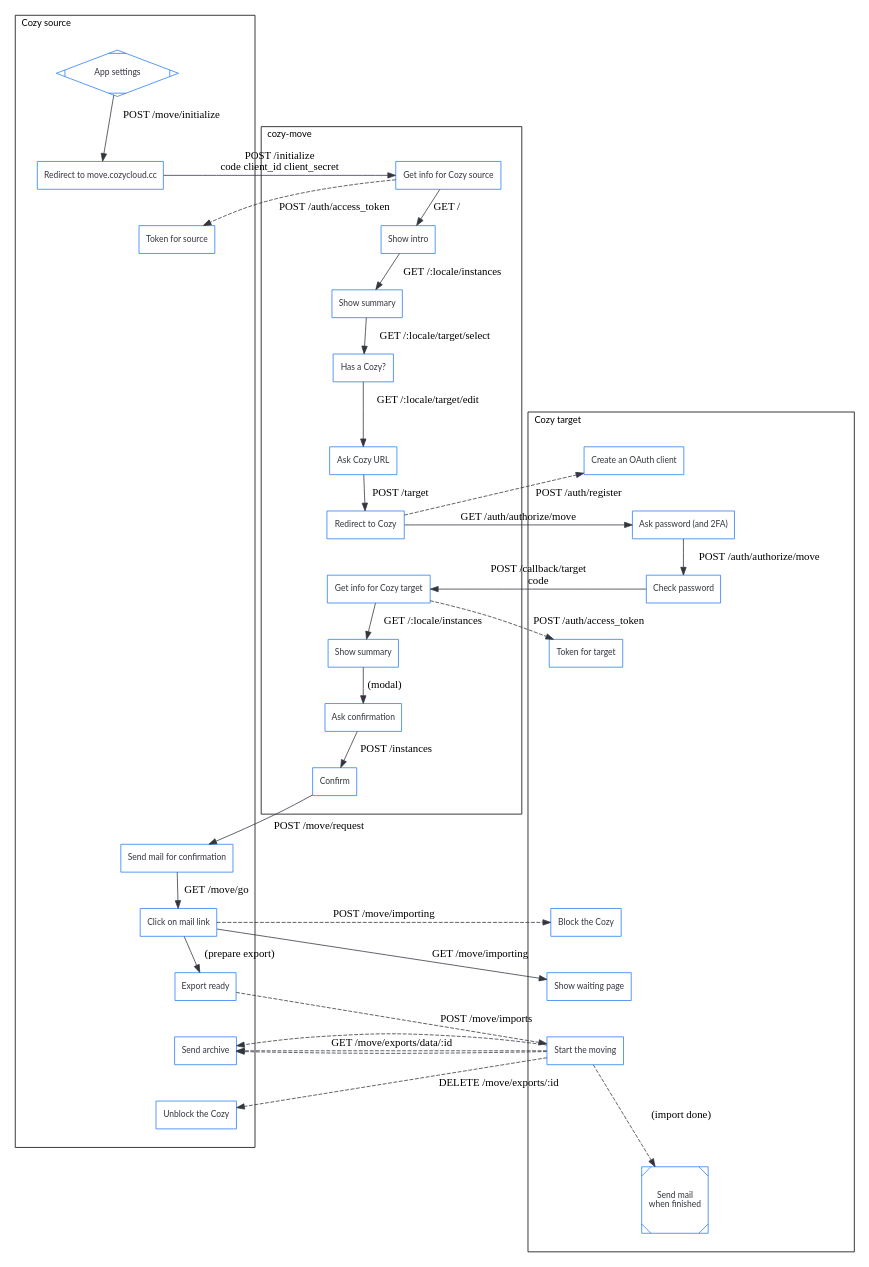
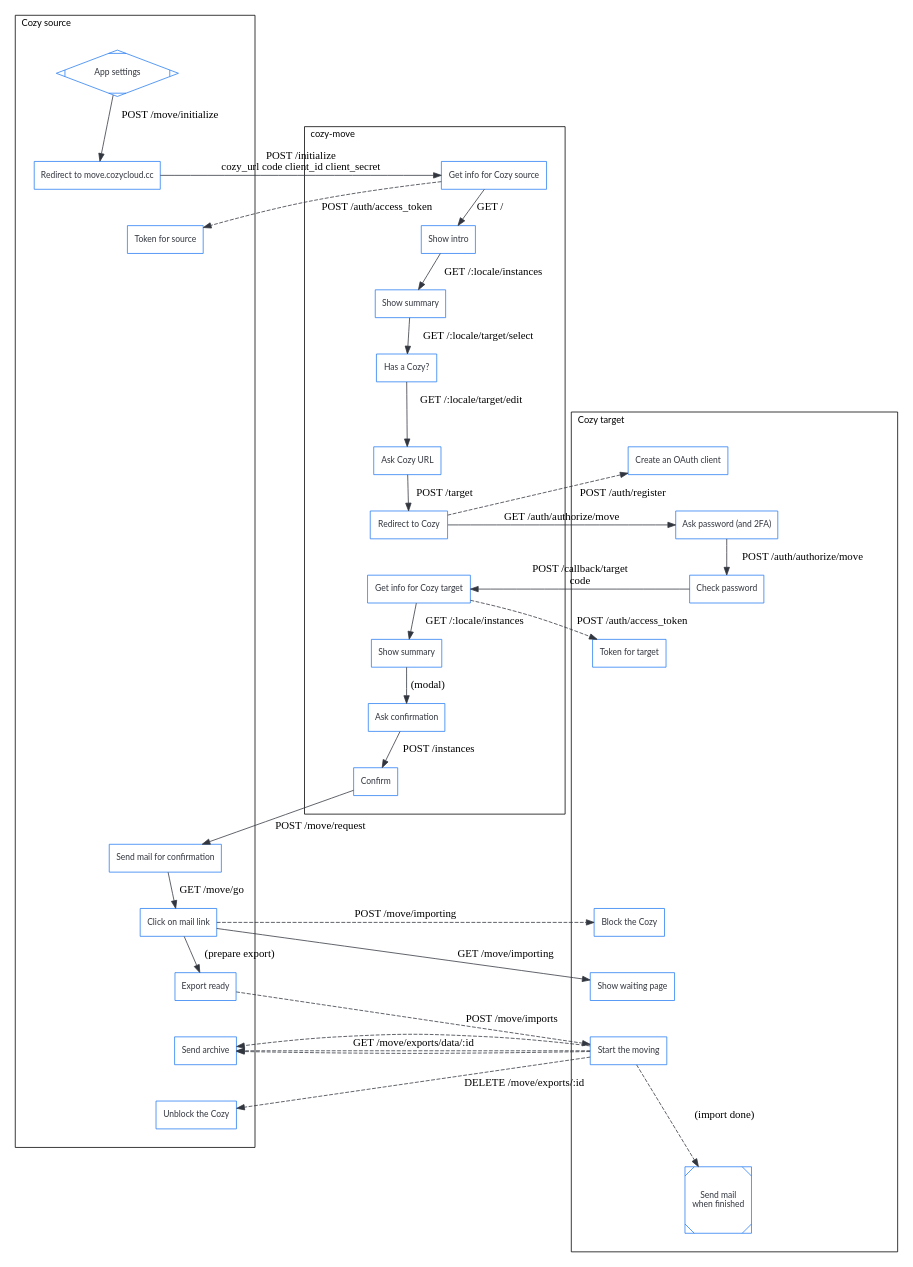
Before and after one commit to cozy/cozy-move: the diagram in docs/from-settings.gv, drawn with Graphviz. The commit also changed 1 other file, not shown here.

Commit message:
Add cozy_url param in diagrams

```diff
--- a/docs/from-settings.gv
+++ b/docs/from-settings.gv
@@ -1,87 +1,87 @@
 digraph bitwarden {
 	graph [splines=true];
 	node [shape="box", fontname="lato", fontsize=11, margin=0.12, color="#297EF2", fontcolor="#32363F"];
 	edge [color="#32363F"];
 	ranksep=0.45; nodesep=1.5;
 
 	subgraph cluster_source {
 		label="Cozy source"; labeljust="l"; fontname="lato"; fontsize=12; margin=24; rankdir=TB;
 		s_settings [label="App settings"; shape="Mdiamond"]
 		s_start [label="Redirect to move.cozycloud.cc"]
 		s_token [label="Token for source"]
 		s_confirm [label="Send mail for confirmation"]
 		s_mail [label="Click on mail link"]
 		s_ready [label="Export ready"]
 		s_data [label="Send archive"]
 		s_unblock [label="Unblock the Cozy"]
 		s_fake_1, s_fake_2, s_fake_3, s_fake_4, s_fake_5, s_fake_6, s_fake_7, s_fake_8 [style="invis"]
 	}
 
 	subgraph cluster_move {
 		label="cozy-move"; labeljust="l"; fontname="lato"; fontsize=12; margin=24;
 		m_source [label="Get info for Cozy source"]
 		m_intro [label="Show intro"]
 		m_index_1 [label="Show summary"]
 		m_select [label="Has a Cozy?"]
 		m_edit [label="Ask Cozy URL"]
 		m_post [label="Redirect to Cozy"]
 		m_target [label="Get info for Cozy target"]
 		m_index_2 [label="Show summary"]
 		m_warning [label="Ask confirmation"]
 		m_confirm [label="Confirm"]
 	}
 
 	subgraph cluster_target {
 		label="Cozy target"; labeljust="l"; fontname="lato"; fontsize=12; margin=24;
 		t_register [label="Create an OAuth client"]
 		t_export [label="Ask password (and 2FA)"]
 		t_export_2 [label="Check password"]
 		t_token [label="Token for target"]
 		t_block [label="Block the Cozy"]
 		t_run [label="Start the moving"]
 		t_wait [label="Show waiting page"]
 		t_done [label="Send mail\nwhen finished"; shape="Msquare"]
 		t_fake_1, t_fake_2, t_fake_3, t_fake_4 [style="invis"]
 	}
 
 	// User
 	s_settings -> s_start [label="POST /move/initialize"]
-	s_start -> m_source [label="POST /initialize\ncode client_id client_secret"]
+	s_start -> m_source [label="POST /initialize\ncozy_url code client_id client_secret"]
 	m_source -> m_intro [label="GET /"]
 	m_intro -> m_index_1 [label="GET /:locale/instances"]
 	m_index_1 -> m_select [label="GET /:locale/target/select"]
 	m_select -> m_edit [label="GET /:locale/target/edit"]
 	m_edit -> m_post [label="POST /target"]
 	m_post -> t_export [label="GET /auth/authorize/move"]
 	t_export -> t_export_2 [label="POST /auth/authorize/move"]
 	t_export_2 -> m_target [label="POST /callback/target\ncode"]
 	m_target -> m_index_2 [label="GET /:locale/instances"]
 	m_index_2 -> m_warning [label="(modal)"]
 	m_warning -> m_confirm [label="POST /instances"]
 	m_confirm -> s_confirm [label="POST /move/request"]
 	s_confirm -> s_mail [label="GET /move/go"]
 	s_mail -> t_wait [label="GET /move/importing"]
 
 	// Server to server
 	m_source -> s_token [label="POST /auth/access_token"; style="dashed"]
 	m_post -> t_register [label="POST /auth/register"; style="dashed"]
 	m_target -> t_token [label="POST /auth/access_token"; style="dashed"]
 	s_mail -> t_block [label="POST /move/importing"; style="dashed"]
 	s_mail -> s_ready [label="(prepare export)"]
 	s_ready -> t_run [label="POST /move/imports"; style="dashed"]
 	t_run -> s_data [label="GET /move/exports/data/:id"; style="dashed"]
 	t_run -> s_data [style="dashed"]
 	t_run -> s_data [style="dashed"]
 	t_run -> s_unblock [label="DELETE /move/exports/:id"; style="dashed"]
 	t_run -> t_done [label="(import done)"; style="dashed"]
 
 	// Hidden, just to preserve order between nodes inside clusters
 	s_start -> s_token [style="invis"]
 	s_token -> s_fake_1 -> s_fake_2 -> s_fake_3 -> s_fake_4 -> s_fake_5 -> s_fake_6 -> s_fake_7 -> s_fake_8 -> s_confirm [style="invis"]
 	m_post -> m_target [style="invis"]
 	t_register -> t_export [style="invis"]
 	t_export_2 -> t_token [style="invis"]
 	t_token -> t_fake_1 -> t_fake_2 -> t_fake_3 -> t_block [style="invis"]
 	t_block -> t_wait -> t_run -> t_fake_4 -> t_done [style="invis"]
 	s_ready -> s_data -> s_unblock [style="invis"]
 }
```
